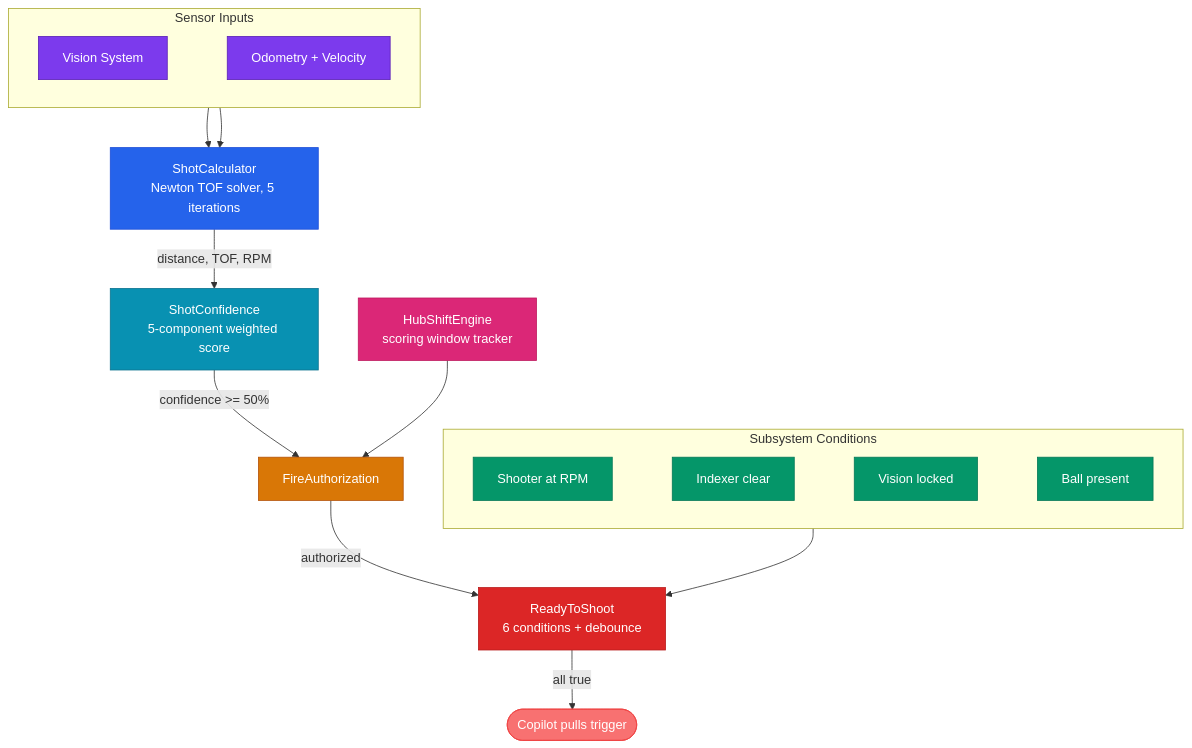
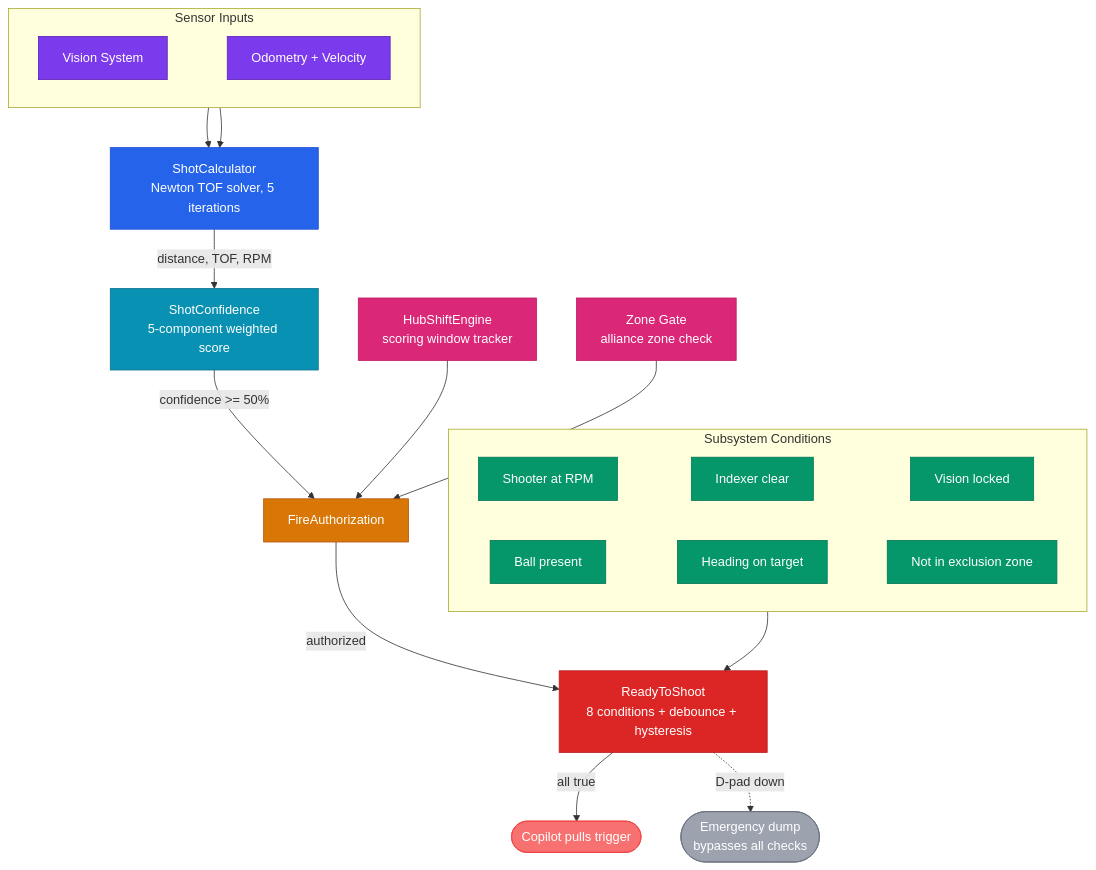
The first of 2 diagrams in docs/architecture/fire-control-pipeline.md (eeveemara/frc5962-2026-docs), drawn with Mermaid before and after one commit. The commit also changed other lines of this file and 19 other files, not shown here.

````diff
--- a/docs/architecture/fire-control-pipeline.md
+++ b/docs/architecture/fire-control-pipeline.md
@@ -28,36 +36,43 @@
 ```mermaid
 flowchart TB
     subgraph Inputs ["Sensor Inputs"]
         direction LR
         V[Vision System] ~~~ O[Odometry + Velocity]
     end
 
     V & O --> SC[ShotCalculator<br/>Newton TOF solver, 5 iterations]
     SC -->|distance, TOF, RPM| CF[ShotConfidence<br/>5-component weighted score]
     CF -->|confidence >= 50%| FA[FireAuthorization]
 
     HS[HubShiftEngine<br/>scoring window tracker] --> FA
+    ZG[Zone Gate<br/>alliance zone check] --> FA
 
-    FA -->|authorized| RT[ReadyToShoot<br/>6 conditions + debounce]
+    FA -->|authorized| RT[ReadyToShoot<br/>8 conditions + debounce + hysteresis]
 
     subgraph Conditions ["Subsystem Conditions"]
         direction LR
-        SH[Shooter at RPM] ~~~ IX[Indexer clear] ~~~ VL[Vision locked] ~~~ BL[Ball present]
+        SH[Shooter at RPM] ~~~ IX[Indexer clear] ~~~ VL[Vision locked]
+        BL[Ball present] ~~~ HD[Heading on target] ~~~ EZ[Not in exclusion zone]
     end
 
     Conditions --> RT
     RT -->|all true| CP([Copilot pulls trigger])
+    RT -.->|D-pad down| DUMP([Emergency dump<br/>bypasses all checks])
 
     style V fill:#7c3aed,stroke:#5b21b6,color:#fff
     style O fill:#7c3aed,stroke:#5b21b6,color:#fff
     style SC fill:#2563eb,stroke:#1d4ed8,color:#fff
     style CF fill:#0891b2,stroke:#0e7490,color:#fff
     style HS fill:#db2777,stroke:#be185d,color:#fff
+    style ZG fill:#db2777,stroke:#be185d,color:#fff
     style FA fill:#d97706,stroke:#b45309,color:#fff
     style SH fill:#059669,stroke:#047857,color:#fff
     style IX fill:#059669,stroke:#047857,color:#fff
     style VL fill:#059669,stroke:#047857,color:#fff
     style BL fill:#059669,stroke:#047857,color:#fff
+    style HD fill:#059669,stroke:#047857,color:#fff
+    style EZ fill:#059669,stroke:#047857,color:#fff
     style RT fill:#dc2626,stroke:#b91c1c,color:#fff
     style CP fill:#f87171,stroke:#ef4444,color:#fff
+    style DUMP fill:#9ca3af,stroke:#6b7280,color:#fff
 ```
````
